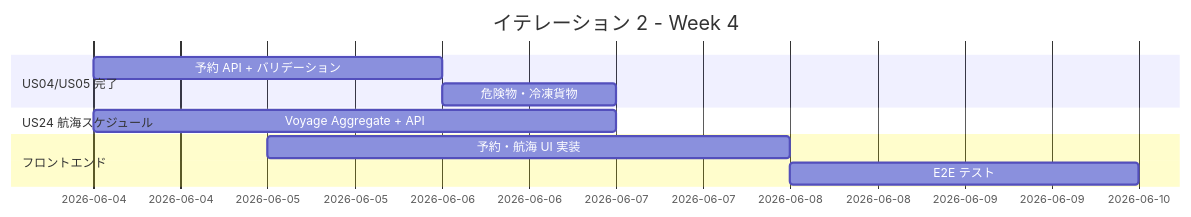
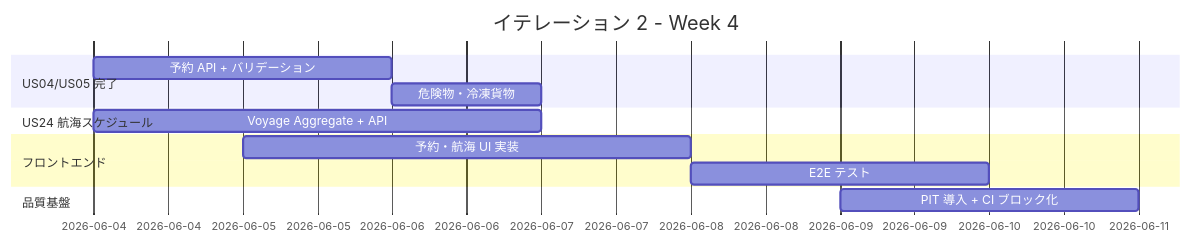
Before and after one commit to k2works/case-study-cargo-tracker: the second of 7 diagrams in docs/development/iteration_plan-2.md, drawn with Mermaid. The commit also changed other lines of this file, not shown here.

````diff
--- a/docs/development/iteration_plan-2.md
+++ b/docs/development/iteration_plan-2.md
@@ -293,13 +322,15 @@
 ```mermaid
 gantt
     title イテレーション 2 - Week 4
     dateFormat  YYYY-MM-DD
     section US04/US05 完了
     予約 API + バリデーション      :a1, 2026-06-04, 2d
     危険物・冷凍貨物              :a2, after a1, 1d
     section US24 航海スケジュール
     Voyage Aggregate + API        :a3, 2026-06-04, 3d
     section フロントエンド
     予約・航海 UI 実装             :u1, 2026-06-05, 3d
     E2E テスト                    :u2, after u1, 2d
+    section 品質基盤
+    PIT 導入 + CI ブロック化      :q1, 2026-06-09, 2d
 ```
````
